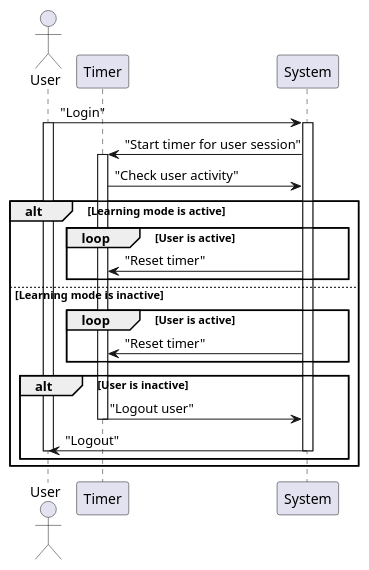
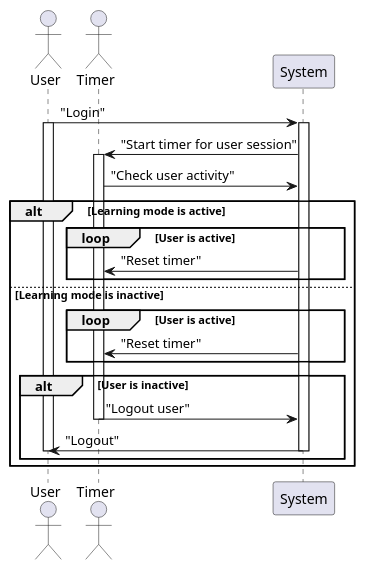
Before and after one commit to SergBirarov/academiq-final-project: the diagram in UML/טיימר.puml, drawn with PlantUML. The commit also changed 8 other files, not shown here.

```diff
--- a/UML/טיימר.puml
+++ b/UML/טיימר.puml
@@ -1,28 +1,28 @@
 @startuml "פעילות טיימר עבור חיבור משתמש"
 Actor User
-participant Timer as "Timer"
+Actor Timer as "Timer"
 participant API as "System"
 
 User->API: "Login"
 activate User
 activate API
 API->Timer: "Start timer for user session"
 activate Timer
 Timer->API: "Check user activity"
 alt Learning mode is active
   loop User is active
     API->Timer: "Reset timer"
   end
 else Learning mode is inactive
   loop User is active
     API->Timer: "Reset timer"
   end
   alt User is inactive
     Timer->API: "Logout user"
     deactivate Timer
     API->User: "Logout"
     deactivate API
     deactivate User
   end
 end
 @enduml
```
